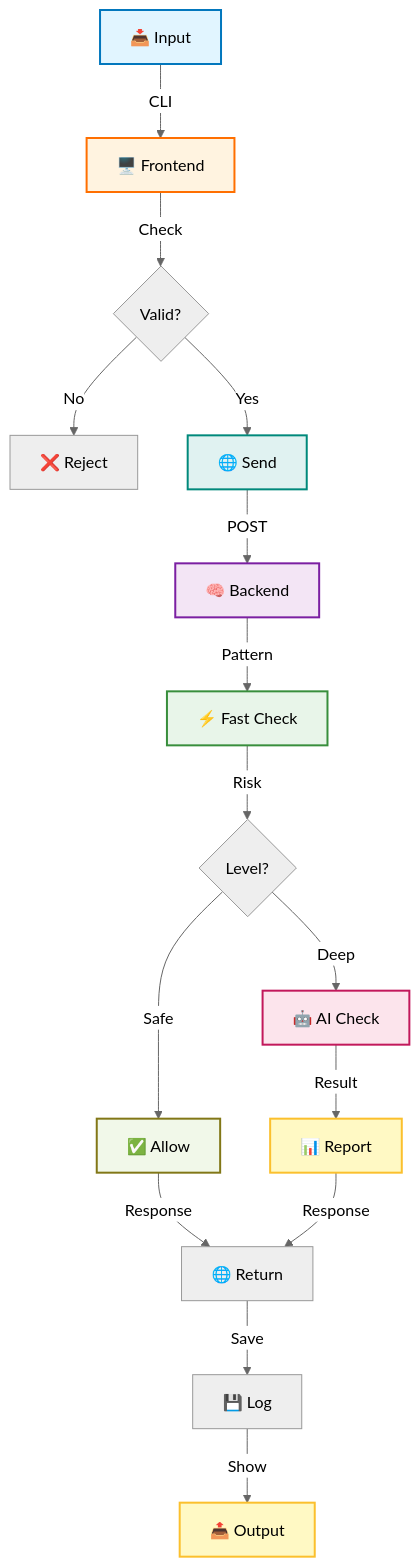
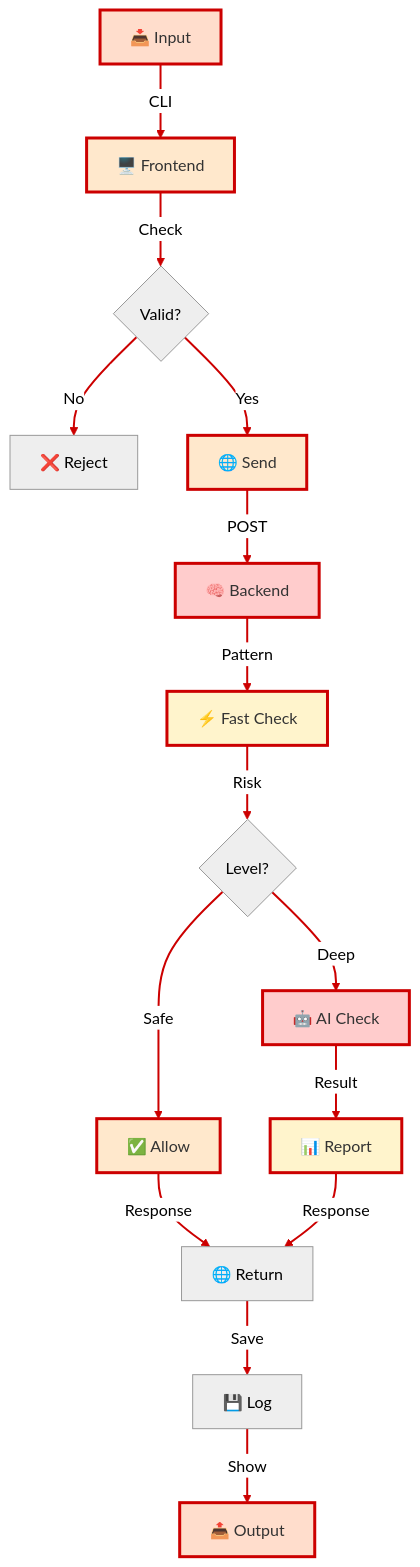
The third of 4 diagrams in README.md (ITSsafer-DevOps/K.A.O.S), drawn with Mermaid (neutral theme) before and after one commit. The commit also changed other lines of this file, not shown here.

Commit message:
Updated README with hackerski-styled diagrams and rewritten overview for penetration testers

````diff
--- a/README.md
+++ b/README.md
@@ -264,27 +273,28 @@
 ```mermaid
 graph TD
     A["📥 Input"] -->|CLI| B["🖥️ Frontend"]
     B -->|Check| C{"Valid?"}
     C -->|No| D["❌ Reject"]
     C -->|Yes| E["🌐 Send"]
     E -->|POST| F["🧠 Backend"]
     F -->|Pattern| G["⚡ Fast Check"]
     G -->|Risk| H{"Level?"}
     H -->|Safe| I["✅ Allow"]
     H -->|Deep| J["🤖 AI Check"]
     J -->|Result| K["📊 Report"]
     I -->|Response| L["🌐 Return"]
     K -->|Response| L
     L -->|Save| M["💾 Log"]
     M -->|Show| N["📤 Output"]
     
-    style A fill:#e1f5ff,stroke:#0277bd,stroke-width:2px
-    style B fill:#fff3e0,stroke:#ff6f00,stroke-width:2px
-    style E fill:#e0f2f1,stroke:#00897b,stroke-width:2px
-    style F fill:#f3e5f5,stroke:#7b1fa2,stroke-width:2px
-    style G fill:#e8f5e9,stroke:#388e3c,stroke-width:2px
-    style J fill:#fce4ec,stroke:#c2185b,stroke-width:2px
-    style I fill:#f1f8e9,stroke:#827717,stroke-width:2px
-    style K fill:#fff9c4,stroke:#fbc02d,stroke-width:2px
-    style N fill:#fff9c4,stroke:#fbc02d,stroke-width:2px
+    style A fill:#ffddcc,stroke:#CC0000,stroke-width:3px,color:#333
+    style B fill:#ffe8cc,stroke:#CC0000,stroke-width:3px,color:#333
+    style E fill:#ffe8cc,stroke:#CC0000,stroke-width:3px,color:#333
+    style F fill:#ffcccc,stroke:#CC0000,stroke-width:3px,color:#333
+    style G fill:#fff4cc,stroke:#CC0000,stroke-width:3px,color:#333
+    style J fill:#ffcccc,stroke:#CC0000,stroke-width:3px,color:#333
+    style I fill:#ffe8cc,stroke:#CC0000,stroke-width:3px,color:#333
+    style K fill:#fff4cc,stroke:#CC0000,stroke-width:3px,color:#333
+    style N fill:#ffddcc,stroke:#CC0000,stroke-width:3px,color:#333
+    linkStyle default stroke:#CC0000,stroke-width:2px
 ```
````
